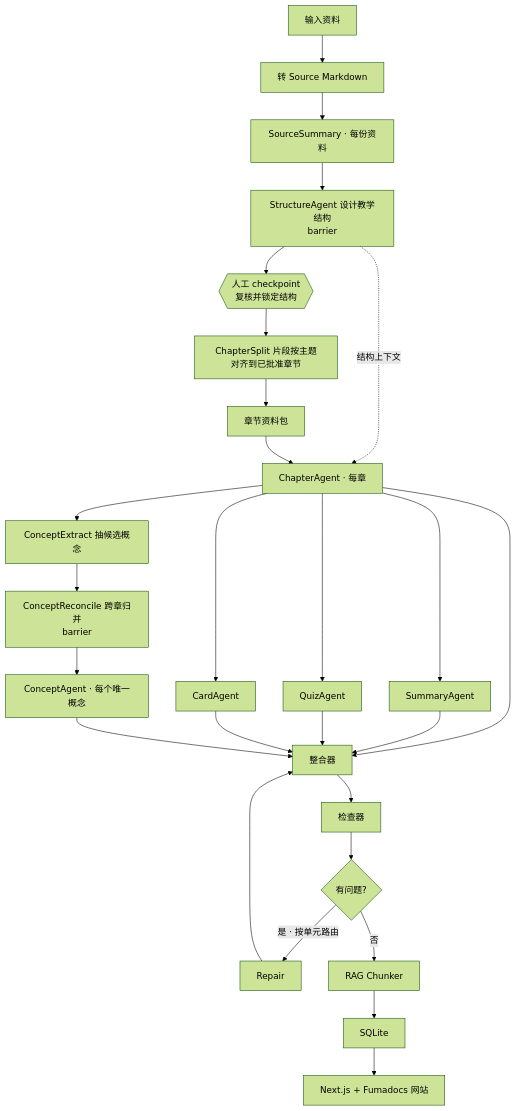
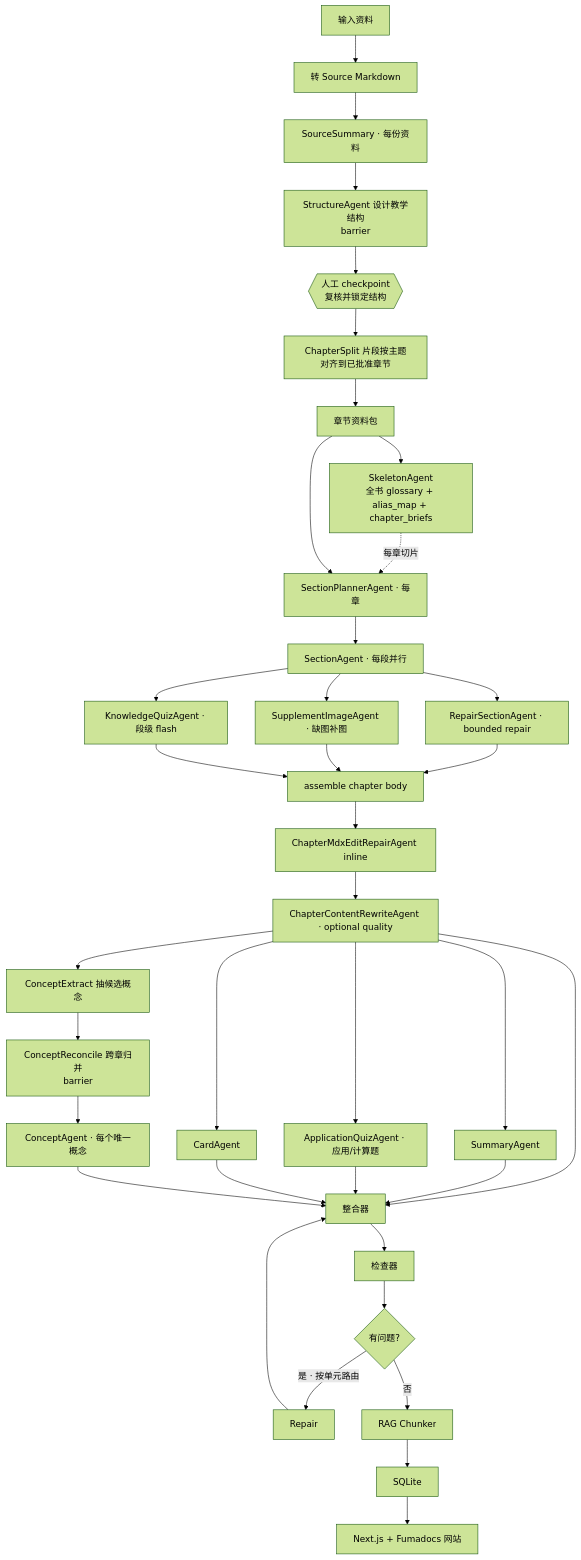
The second of 5 diagrams in design.md (pppwaw/bookwiki), drawn with Mermaid (forest theme) before and after one commit. The commit also changed other lines of this file and 5 other files, not shown here.

````diff
--- a/design.md
+++ b/design.md
@@ -481,33 +501,43 @@
 ```mermaid
 flowchart TD
     A[输入资料] --> B[转 Source Markdown]
     B --> SS[SourceSummary · 每份资料]
     SS --> ST[StructureAgent 设计教学结构<br/>barrier]
     ST --> GATE{{人工 checkpoint<br/>复核并锁定结构}}
     GATE --> ALN[ChapterSplit 片段按主题对齐到已批准章节]
     ALN --> D[章节资料包]
+    D --> SK[SkeletonAgent<br/>全书 glossary + alias_map + chapter_briefs]
 
-    ST -.结构上下文.-> CH[ChapterAgent · 每章]
-    D --> CH
+    SK -.每章切片.-> PLAN[SectionPlannerAgent · 每章]
+    D --> PLAN
+    PLAN --> SEC[SectionAgent · 每段并行]
+    SEC --> KQ[KnowledgeQuizAgent · 段级 flash]
+    SEC --> SR[RepairSectionAgent · bounded repair]
+    SEC --> FIG[SupplementImageAgent · 缺图补图]
+    SR --> ASM[assemble chapter body]
+    FIG --> ASM
+    KQ --> ASM
 
-    CH --> SUM[SummaryAgent]
-    CH --> QZ[QuizAgent]
-    CH --> CD[CardAgent]
-    CH --> CE[ConceptExtract 抽候选概念]
+    ASM --> MDX[ChapterMdxEditRepairAgent inline]
+    MDX --> QR[ChapterContentRewriteAgent · optional quality]
+    QR --> AQ[ApplicationQuizAgent · 应用/计算题]
+    QR --> CD[CardAgent]
+    QR --> SUM[SummaryAgent]
+    QR --> CE[ConceptExtract 抽候选概念]
 
     CE --> REC[ConceptReconcile 跨章归并<br/>barrier]
     REC --> CP[ConceptAgent · 每个唯一概念]
 
-    CH --> INT[整合器]
+    QR --> INT[整合器]
     SUM --> INT
-    QZ --> INT
+    AQ --> INT
     CD --> INT
     CP --> INT
     INT --> CHK[检查器]
     CHK --> RT{有问题?}
     RT -->|是 · 按单元路由| RP[Repair]
     RP --> INT
     RT -->|否| IDX[RAG Chunker]
     IDX --> SQL[SQLite]
     SQL --> SITE[Next.js + Fumadocs 网站]
 ```
````
